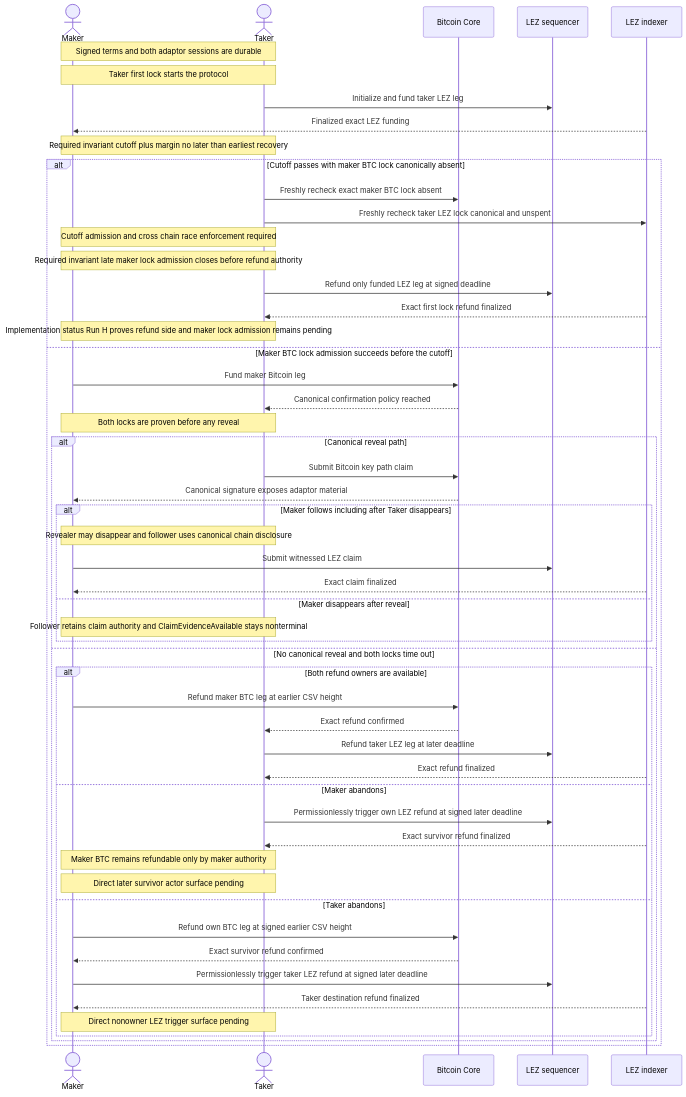
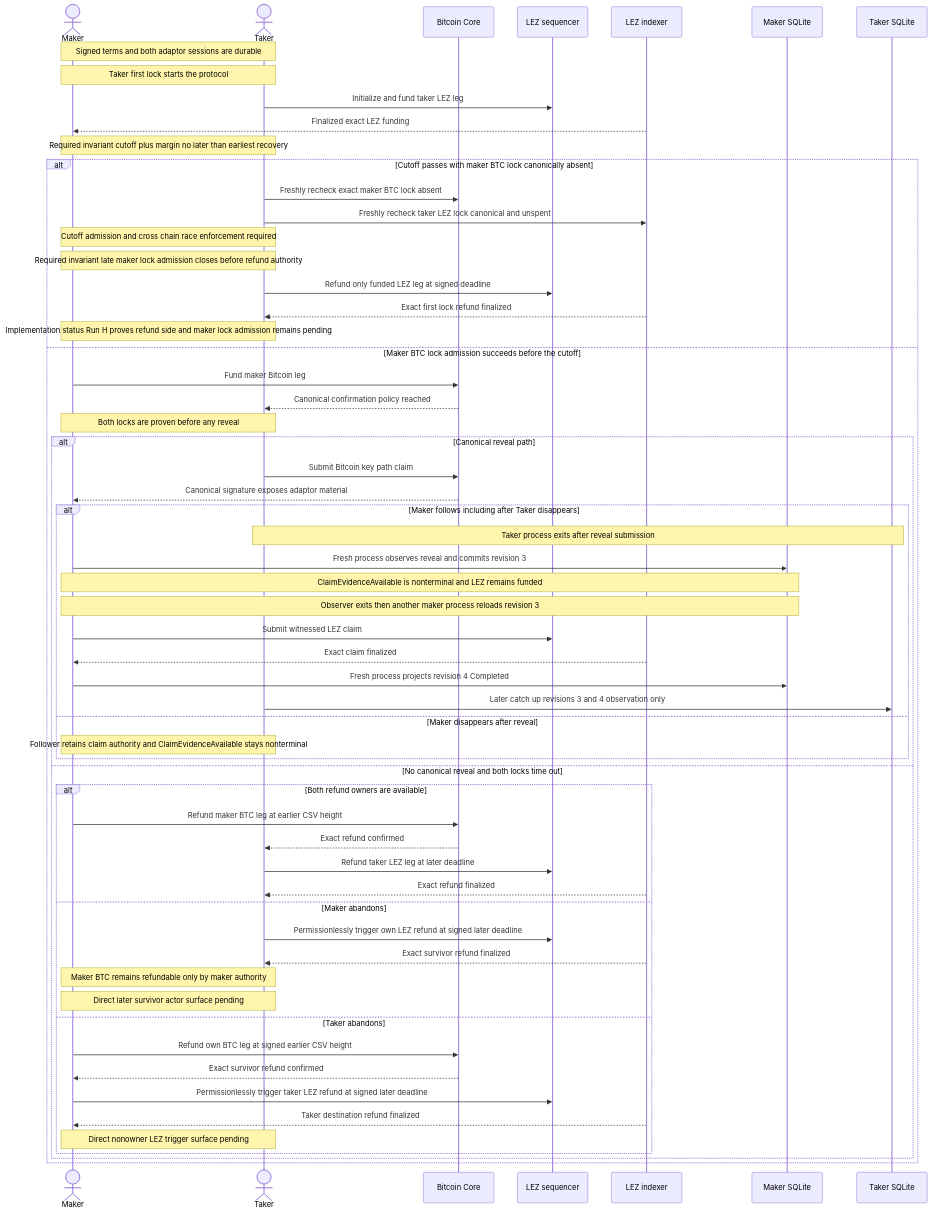
One commit to gateway-fm/lez-atomic-swaps changed diagram 13 of 21 in docs/architecture/system-architecture.md. Above: the diagram before and after it, drawn with Mermaid. The commit also changed other lines of this file and 11 other files, not shown here.

Commit message:
feat: prove M3 post-reveal survivor flow

````diff
--- a/docs/architecture/system-architecture.md
+++ b/docs/architecture/system-architecture.md
@@ -1311,56 +1318,63 @@
 ```mermaid
 sequenceDiagram
     actor Maker
     actor Taker
     participant Bitcoin as Bitcoin Core
     participant LezSeq as LEZ sequencer
     participant LezIdx as LEZ indexer
+    participant MakerStore as Maker SQLite
+    participant TakerStore as Taker SQLite
 
     Note over Maker,Taker: Signed terms and both adaptor sessions are durable
     Note over Maker,Taker: Taker first lock starts the protocol
     Taker->>LezSeq: Initialize and fund taker LEZ leg
     LezIdx-->>Maker: Finalized exact LEZ funding
     Note over Maker,Taker: Required invariant cutoff plus margin no later than earliest recovery
     alt Cutoff passes with maker BTC lock canonically absent
         Taker->>Bitcoin: Freshly recheck exact maker BTC lock absent
         Taker->>LezIdx: Freshly recheck taker LEZ lock canonical and unspent
         Note over Maker,Taker: Cutoff admission and cross chain race enforcement required
         Note over Maker,Taker: Required invariant late maker lock admission closes before refund authority
         Taker->>LezSeq: Refund only funded LEZ leg at signed deadline
         LezIdx-->>Taker: Exact first lock refund finalized
         Note over Maker,Taker: Implementation status Run H proves refund side and maker lock admission remains pending
     else Maker BTC lock admission succeeds before the cutoff
         Maker->>Bitcoin: Fund maker Bitcoin leg
         Bitcoin-->>Taker: Canonical confirmation policy reached
         Note over Maker,Taker: Both locks are proven before any reveal
         alt Canonical reveal path
             Taker->>Bitcoin: Submit Bitcoin key path claim
             Bitcoin-->>Maker: Canonical signature exposes adaptor material
             alt Maker follows including after Taker disappears
-                Note over Maker,Taker: Revealer may disappear and follower uses canonical chain disclosure
+                Note over Taker,TakerStore: Taker process exits after reveal submission
+                Maker->>MakerStore: Fresh process observes reveal and commits revision 3
+                Note over Maker,MakerStore: ClaimEvidenceAvailable is nonterminal and LEZ remains funded
+                Note over Maker,MakerStore: Observer exits then another maker process reloads revision 3
                 Maker->>LezSeq: Submit witnessed LEZ claim
                 LezIdx-->>Maker: Exact claim finalized
+                Maker->>MakerStore: Fresh process projects revision 4 Completed
+                Taker->>TakerStore: Later catch up revisions 3 and 4 observation only
             else Maker disappears after reveal
                 Note over Maker,Taker: Follower retains claim authority and ClaimEvidenceAvailable stays nonterminal
             end
         else No canonical reveal and both locks time out
             alt Both refund owners are available
                 Maker->>Bitcoin: Refund maker BTC leg at earlier CSV height
                 Bitcoin-->>Taker: Exact refund confirmed
                 Taker->>LezSeq: Refund taker LEZ leg at later deadline
                 LezIdx-->>Taker: Exact refund finalized
             else Maker abandons
                 Taker->>LezSeq: Permissionlessly trigger own LEZ refund at signed later deadline
                 LezIdx-->>Taker: Exact survivor refund finalized
                 Note over Maker,Taker: Maker BTC remains refundable only by maker authority
                 Note over Maker,Taker: Direct later survivor actor surface pending
             else Taker abandons
                 Maker->>Bitcoin: Refund own BTC leg at signed earlier CSV height
                 Bitcoin-->>Maker: Exact survivor refund confirmed
                 Maker->>LezSeq: Permissionlessly trigger taker LEZ refund at signed later deadline
                 LezIdx-->>Maker: Taker destination refund finalized
                 Note over Maker,Taker: Direct nonowner LEZ trigger surface pending
             end
         end
     end
 ```
````
